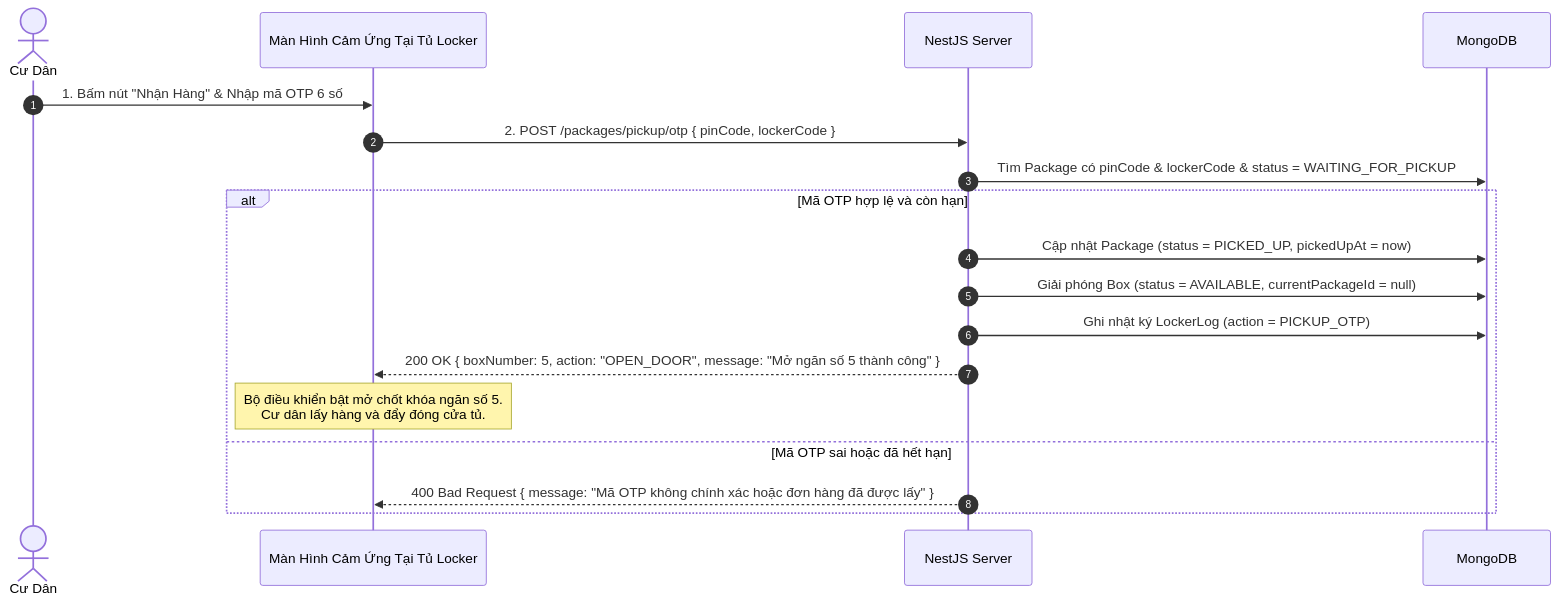
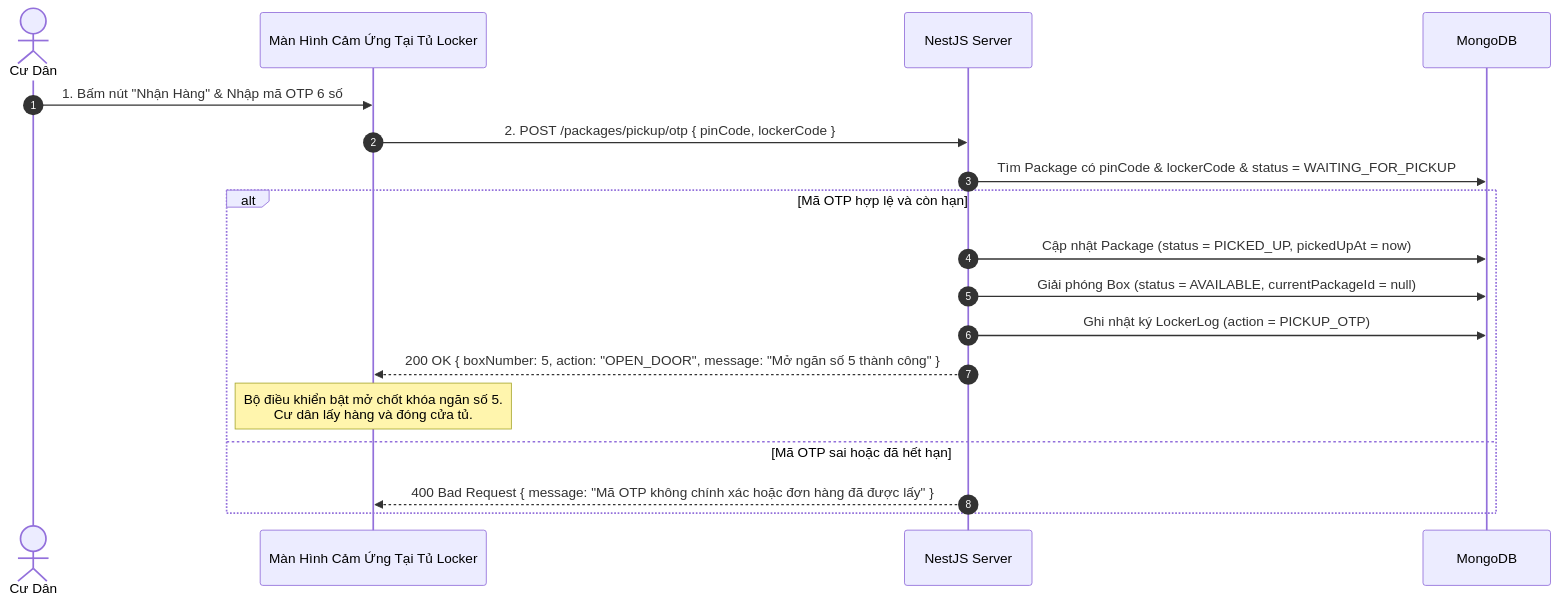
The third of 4 diagrams in src/docs/delivery_retrieval_system.md (xuanphat0505/smart-locker-server), drawn with Mermaid before and after one commit. The commit also changed other lines of this file and 17 other files, not shown here.

Commit message:
feat(notifications): add socket.io gateway and smtp mail approval flow (#8)

````diff
--- a/src/docs/delivery_retrieval_system.md
+++ b/src/docs/delivery_retrieval_system.md
@@ -188,22 +199,22 @@
 ```mermaid
 sequenceDiagram
     autonumber
     actor Resident as Cư Dân
     participant LockerKiosk as Màn Hình Cảm Ứng Tại Tủ Locker
     participant Backend as NestJS Server
     participant DB as MongoDB
 
     Resident->>LockerKiosk: 1. Bấm nút "Nhận Hàng" & Nhập mã OTP 6 số
     LockerKiosk->>Backend: 2. POST /packages/pickup/otp { pinCode, lockerCode }
     Backend->>DB: Tìm Package có pinCode & lockerCode & status = WAITING_FOR_PICKUP
 
     alt Mã OTP hợp lệ và còn hạn
         Backend->>DB: Cập nhật Package (status = PICKED_UP, pickedUpAt = now)
         Backend->>DB: Giải phóng Box (status = AVAILABLE, currentPackageId = null)
         Backend->>DB: Ghi nhật ký LockerLog (action = PICKUP_OTP)
         Backend-->>LockerKiosk: 200 OK { boxNumber: 5, action: "OPEN_DOOR", message: "Mở ngăn số 5 thành công" }
-        Note over LockerKiosk: Bộ điều khiển bật mở chốt khóa ngăn số 5.<br/>Cư dân lấy hàng và đẩy đóng cửa tủ.
+        Note over LockerKiosk: Bộ điều khiển bật mở chốt khóa ngăn số 5.<br/>Cư dân lấy hàng và đóng cửa tủ.
     else Mã OTP sai hoặc đã hết hạn
         Backend-->>LockerKiosk: 400 Bad Request { message: "Mã OTP không chính xác hoặc đơn hàng đã được lấy" }
     end
 ```
````
